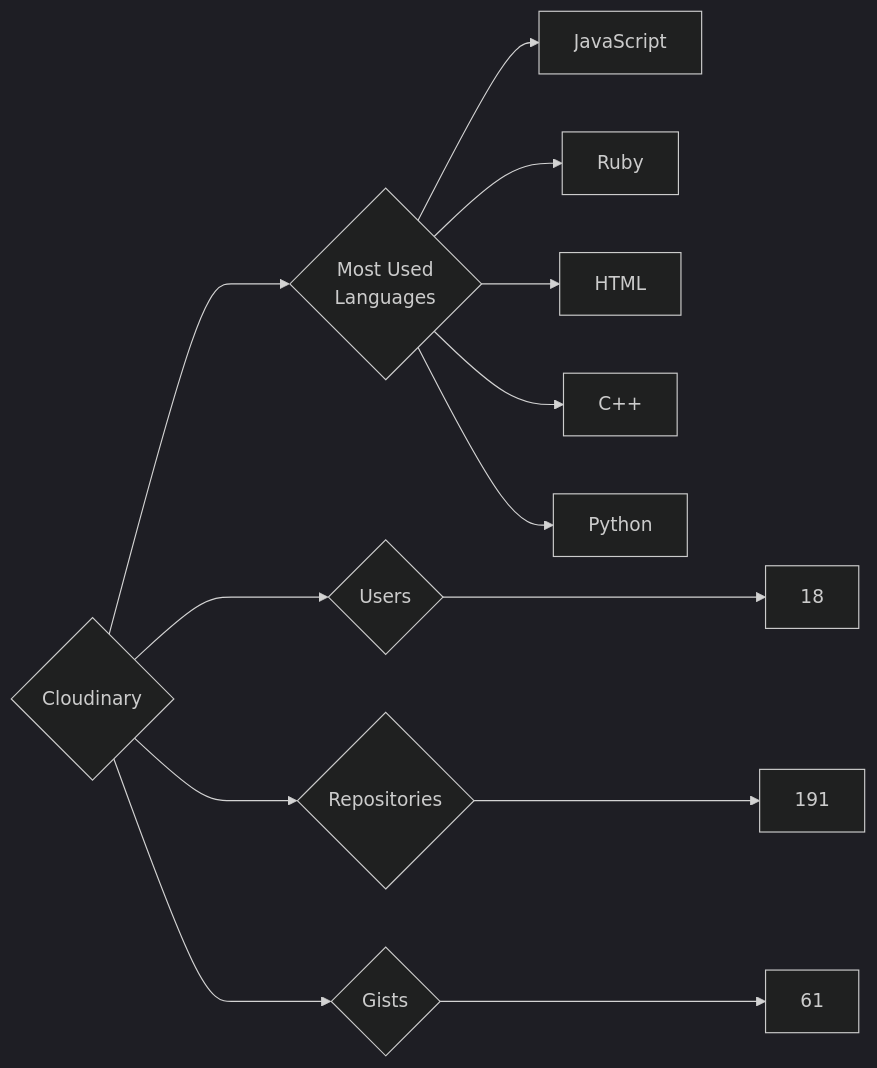
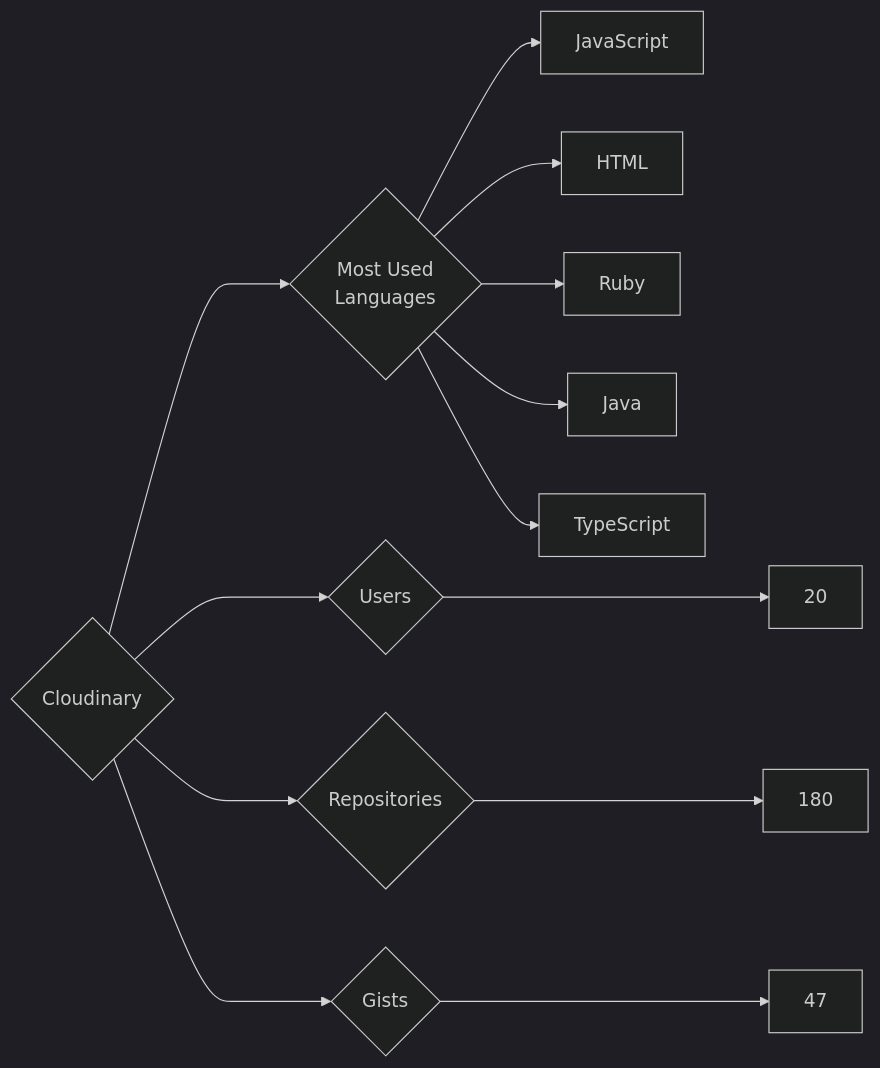
The diagram in targets/Cloudinary/README.md (trickest/insiders), drawn with Mermaid (dark theme) before and after one commit. The commit also changed 925 other files, not shown here.

````diff
--- a/targets/Cloudinary/README.md
+++ b/targets/Cloudinary/README.md
@@ -3,13 +3,13 @@
 ```mermaid
 graph LR
 COMPANY_NAME{Cloudinary}
-COMPANY_NAME ---> U{Users} ---> UN[18]
-COMPANY_NAME ---> R{Repositories} ---> RN[191]
-COMPANY_NAME ---> G{Gists} ---> GN[61]
+COMPANY_NAME ---> U{Users} ---> UN[20]
+COMPANY_NAME ---> R{Repositories} ---> RN[180]
+COMPANY_NAME ---> G{Gists} ---> GN[47]
 COMPANY_NAME ---> ML{Most Used<br>Languages}
 ML --> JavaScript[JavaScript]
+ML --> HTML[HTML]
 ML --> Ruby[Ruby]
-ML --> HTML[HTML]
-ML --> C++[C++]
-ML --> Python[Python]
+ML --> Java[Java]
+ML --> TypeScript[TypeScript]
 ```
````
